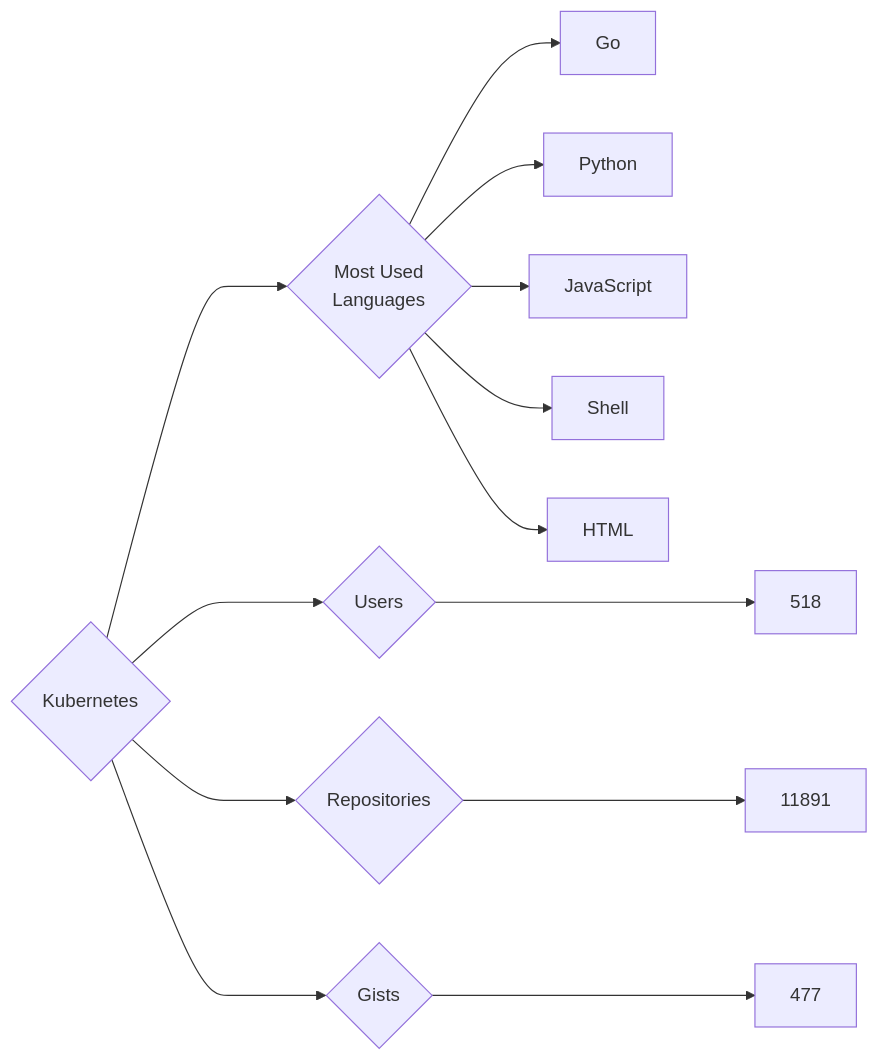
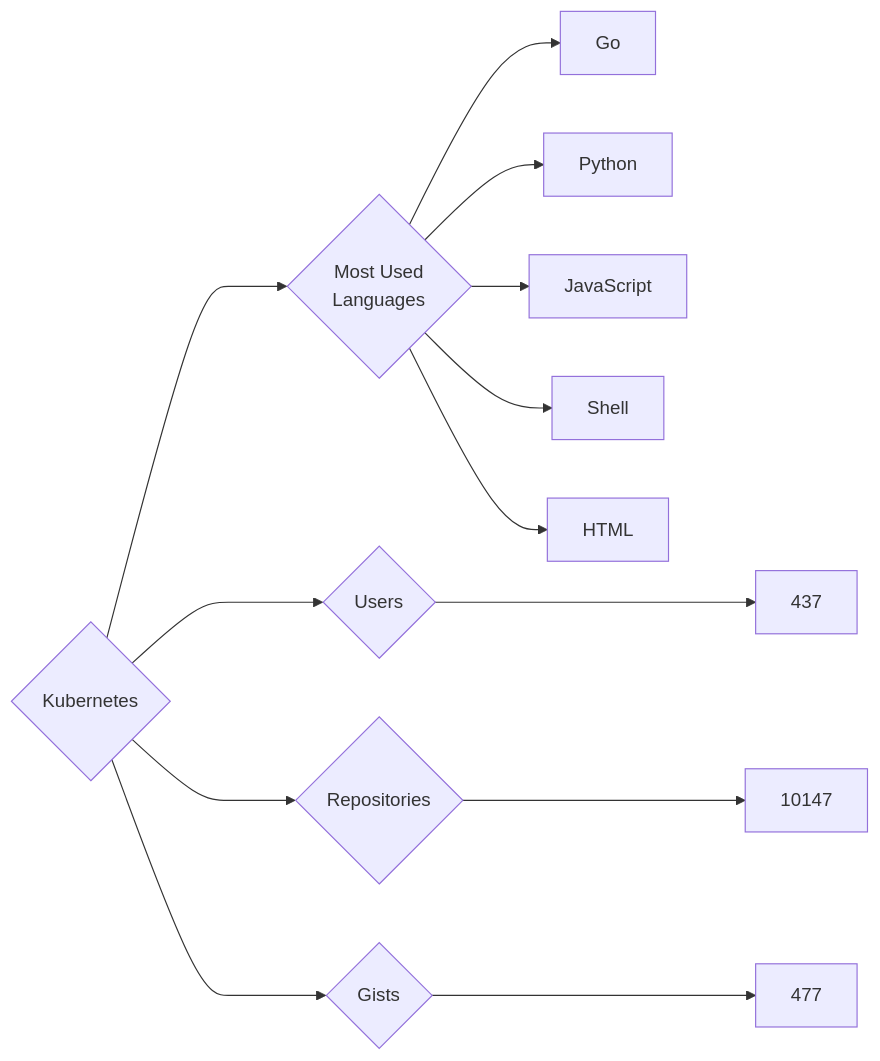
Before and after one commit to trickest/insiders: the diagram in targets/Kubernetes/README.md, drawn with Mermaid. The commit also changed 951 other files, not shown here.

````diff
--- a/targets/Kubernetes/README.md
+++ b/targets/Kubernetes/README.md
@@ -3,13 +3,13 @@
 ```mermaid
 graph LR
 COMPANY_NAME{Kubernetes}
-COMPANY_NAME ---> U{Users} ---> UN[518]
-COMPANY_NAME ---> R{Repositories} ---> RN[11891]
+COMPANY_NAME ---> U{Users} ---> UN[437]
+COMPANY_NAME ---> R{Repositories} ---> RN[10147]
 COMPANY_NAME ---> G{Gists} ---> GN[477]
 COMPANY_NAME ---> ML{Most Used<br>Languages}
-ML --> Go
-ML --> Python
-ML --> JavaScript
-ML --> Shell
-ML --> HTML
+ML --> Go[Go]
+ML --> Python[Python]
+ML --> JavaScript[JavaScript]
+ML --> Shell[Shell]
+ML --> HTML[HTML]
 ```
````
